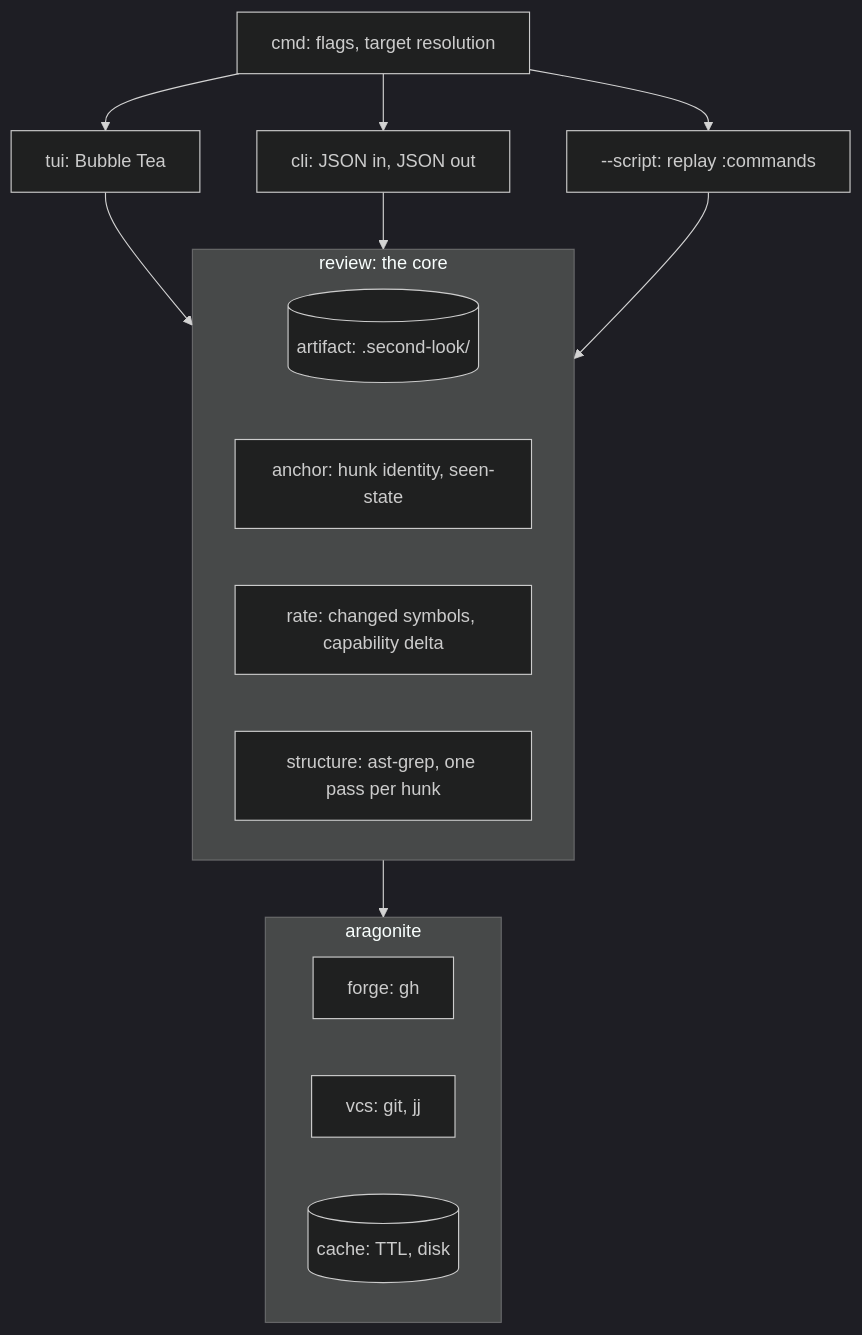
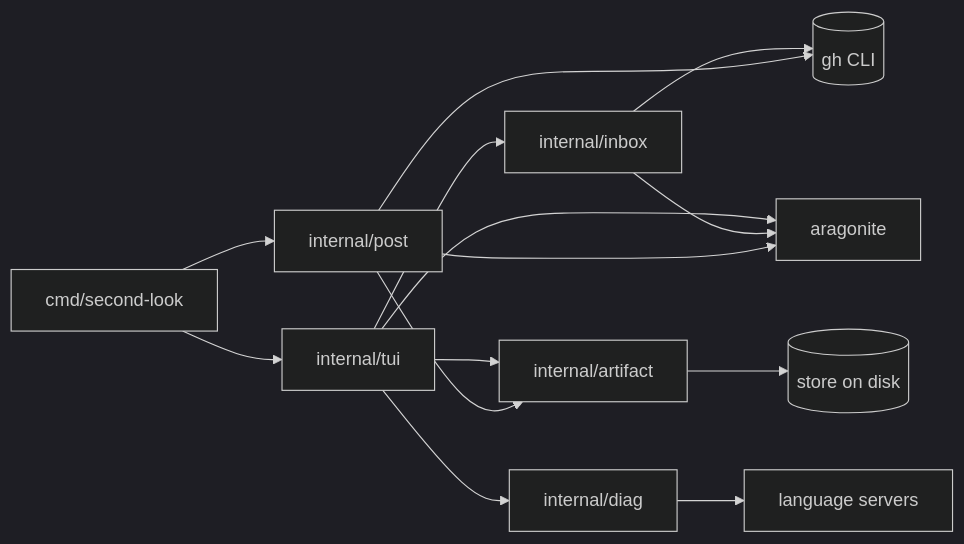
Before and after one commit to KyleKing/second-look: the diagram in DESIGN.md, drawn with Mermaid (dark theme). The commit also changed other lines of this file and 15 other files, not shown here.

Commit message:
docs: merge design notes into DESIGN.md and ROADMAP.md, tighten the rest

````diff
--- a/DESIGN.md
+++ b/DESIGN.md
@@ -21,23 +148,14 @@
 ```mermaid
-flowchart TB
-    main["cmd: flags, target resolution"] --> tui["tui: Bubble Tea"]
-    main --> cli["cli: JSON in, JSON out"]
-    main --> script["--script: replay :commands"]
-
-    tui & cli & script --> review
-
-    subgraph review["review: the core"]
-        artifact[("artifact: .second-look/")]
-        anchor["anchor: hunk identity, seen-state"]
-        rate["rate: changed symbols, capability delta"]
-        structure["structure: ast-grep, one pass per hunk"]
-    end
-
-    review --> ara
-
-    subgraph ara["aragonite"]
-        forge["forge: gh"]
-        vcs["vcs: git, jj"]
-        cache[("cache: TTL, disk")]
-    end
+flowchart LR
+    cmd["cmd/second-look"] --> tui["internal/tui"]
+    cmd --> post["internal/post"]
+    tui --> inbox["internal/inbox"]
+    tui --> artifact["internal/artifact"]
+    tui --> diag["internal/diag"]
+    post --> artifact
+    inbox --> gh[("gh CLI")]
+    post --> gh
+    artifact --> store[("store on disk")]
+    diag --> ls["language servers"]
+    tui & inbox & post --> aragonite["aragonite"]
 ```
````
